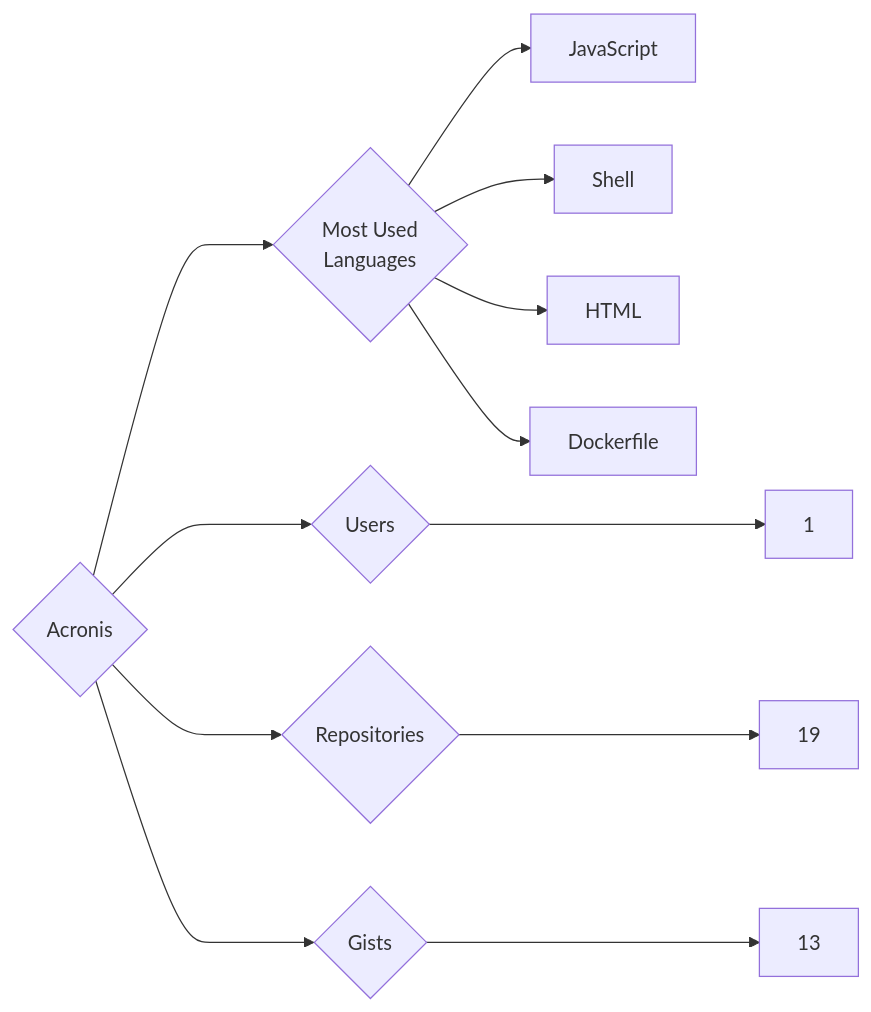
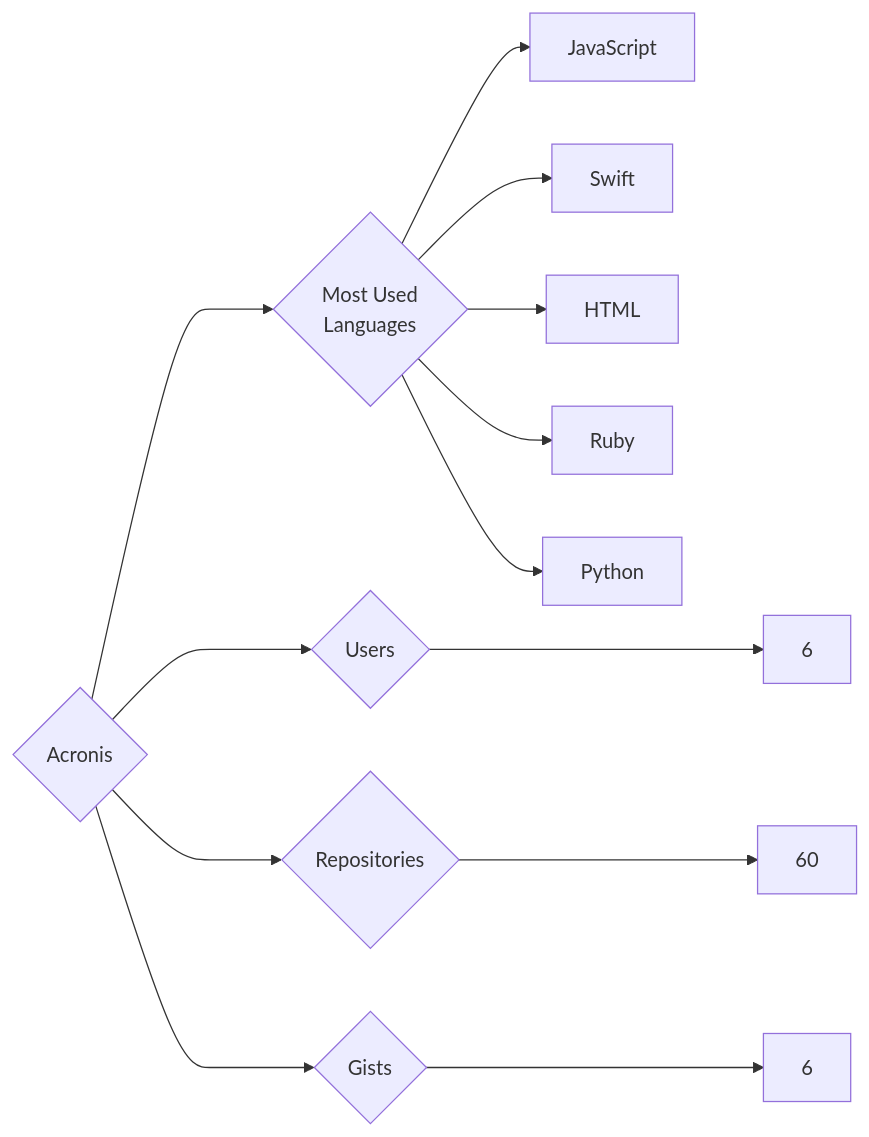
Before and after one commit to trickest/insiders: the diagram in targets/Acronis/README.md, drawn with Mermaid. The commit also changed 912 other files, not shown here.

````diff
--- a/targets/Acronis/README.md
+++ b/targets/Acronis/README.md
@@ -3,12 +3,13 @@
 ```mermaid
 graph LR
 COMPANY_NAME{Acronis}
-COMPANY_NAME ---> U{Users} ---> UN[1]
-COMPANY_NAME ---> R{Repositories} ---> RN[19]
-COMPANY_NAME ---> G{Gists} ---> GN[13]
+COMPANY_NAME ---> U{Users} ---> UN[6]
+COMPANY_NAME ---> R{Repositories} ---> RN[60]
+COMPANY_NAME ---> G{Gists} ---> GN[6]
 COMPANY_NAME ---> ML{Most Used<br>Languages}
 ML --> JavaScript[JavaScript]
-ML --> Shell[Shell]
+ML --> Swift[Swift]
 ML --> HTML[HTML]
-ML --> Dockerfile[Dockerfile]
+ML --> Ruby[Ruby]
+ML --> Python[Python]
 ```
````
